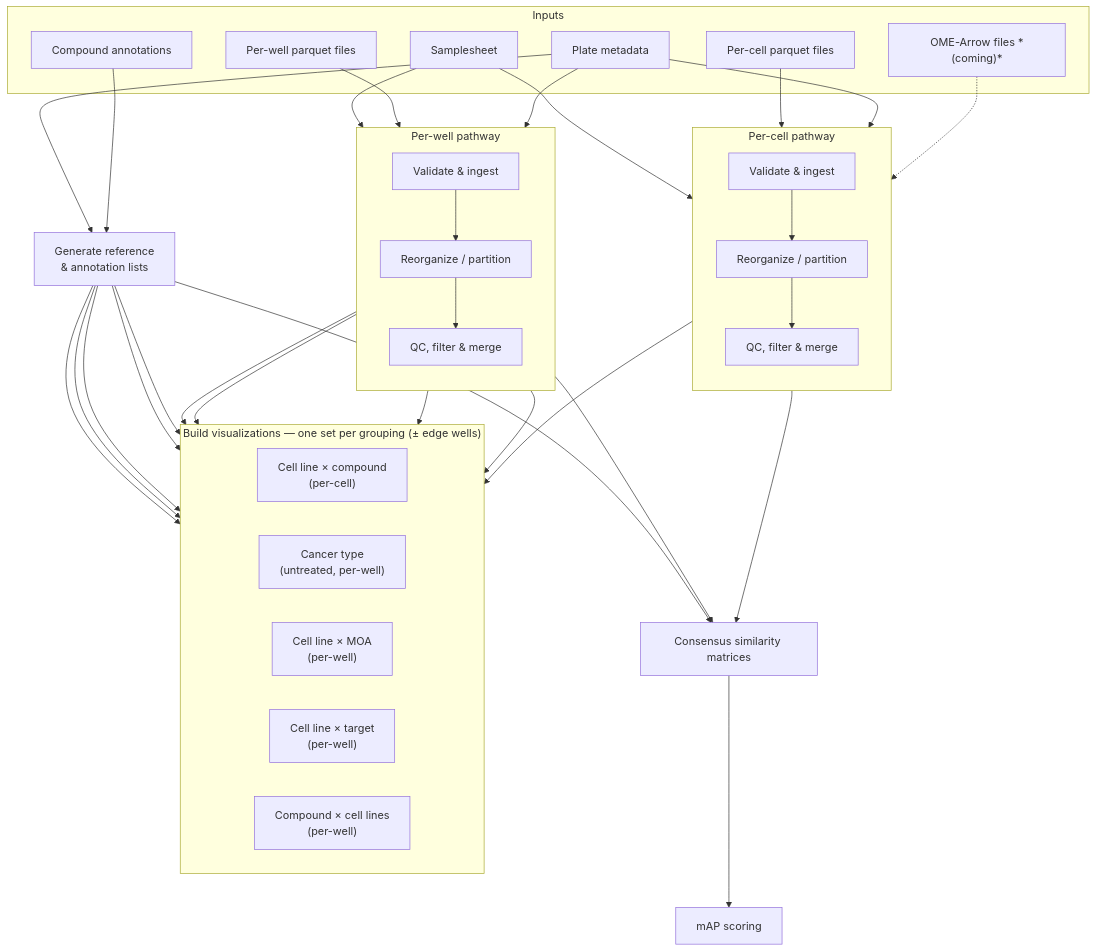
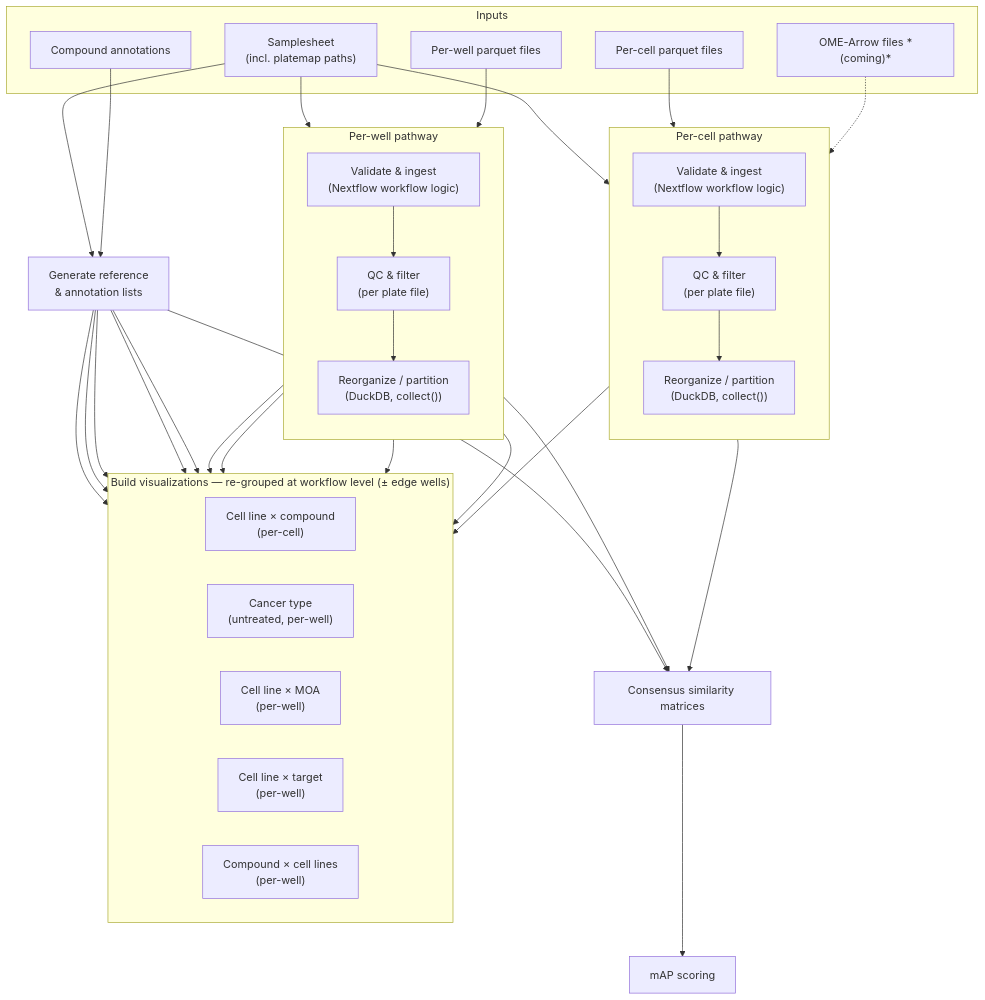
One commit to AlexsLemonade/morphport changed the diagram in planning/outline.md. Above: the diagram before and after it, drawn with Mermaid. The commit also changed other lines of this file, not shown here.

````diff
--- a/planning/outline.md
+++ b/planning/outline.md
@@ -142,49 +154,48 @@
 ```mermaid
 flowchart TD
     subgraph IN["Inputs"]
-        SS["Samplesheet"]
+        SS["Samplesheet\n(incl. platemap paths)"]
         CPQ["Per-cell parquet files"]
         WPQ["Per-well parquet files"]
-        PM["Plate metadata"]
         CA["Compound annotations"]
         OA["OME-Arrow files *(coming)*"]
     end
 
     subgraph CELL["Per-cell pathway"]
         direction TB
-        VI_C["Validate & ingest"]
-        P_C["Reorganize / partition"]
-        QC_C["QC, filter & merge"]
-        VI_C --> P_C --> QC_C
+        VI_C["Validate & ingest\n(Nextflow workflow logic)"]
+        QC_C["QC & filter\n(per plate file)"]
+        P_C["Reorganize / partition\n(DuckDB, collect())"]
+        VI_C --> QC_C --> P_C
     end
 
     subgraph WELL["Per-well pathway"]
         direction TB
-        VI_W["Validate & ingest"]
-        P_W["Reorganize / partition"]
-        QC_W["QC, filter & merge"]
-        VI_W --> P_W --> QC_W
+        VI_W["Validate & ingest\n(Nextflow workflow logic)"]
+        QC_W["QC & filter\n(per plate file)"]
+        P_W["Reorganize / partition\n(DuckDB, collect())"]
+        VI_W --> QC_W --> P_W
     end
 
-    subgraph VIZ["Build visualizations — one set per grouping (± edge wells)"]
+    subgraph VIZ["Build visualizations — re-grouped at workflow level (± edge wells)"]
         direction LR
         VIZ_C1["Cell line × compound\n(per-cell)"]
         VIZ_W1["Cancer type\n(untreated, per-well)"]
         VIZ_W2["Cell line × MOA\n(per-well)"]
         VIZ_W3["Cell line × target\n(per-well)"]
         VIZ_W4["Compound × cell lines\n(per-well)"]
     end
 
-    SS & CPQ & PM --> VI_C
-    SS & WPQ & PM --> VI_W
+    SS & CPQ --> VI_C
+    SS & WPQ --> VI_W
     OA -.-> VI_C
-    PM & CA --> REF["Generate reference\n& annotation lists"]
+    SS & CA --> REF["Generate reference\n& annotation lists"]
 
-    QC_C --> VIZ_C1
-    QC_W --> VIZ_W1 & VIZ_W2 & VIZ_W3 & VIZ_W4
+    P_C --> VIZ_C1
+    P_W --> VIZ_W1 & VIZ_W2 & VIZ_W3 & VIZ_W4
     REF --> VIZ_C1 & VIZ_W1 & VIZ_W2 & VIZ_W3 & VIZ_W4
 
-    QC_C & QC_W --> SIM["Consensus similarity matrices"]
+    P_C & P_W --> SIM["Consensus similarity matrices"]
     REF --> SIM
     SIM --> MAP["mAP scoring"]
 ```
````
